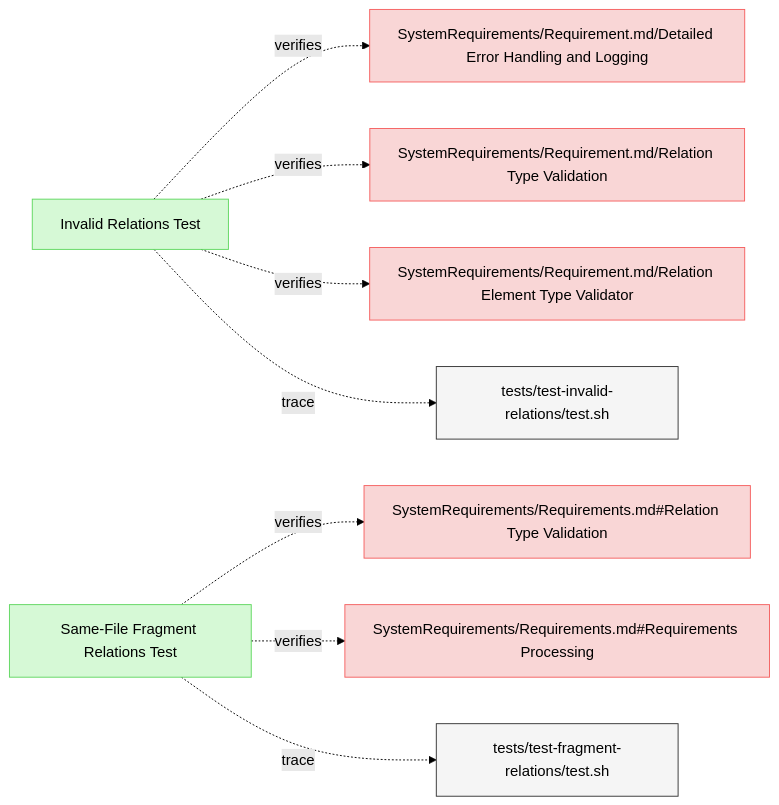
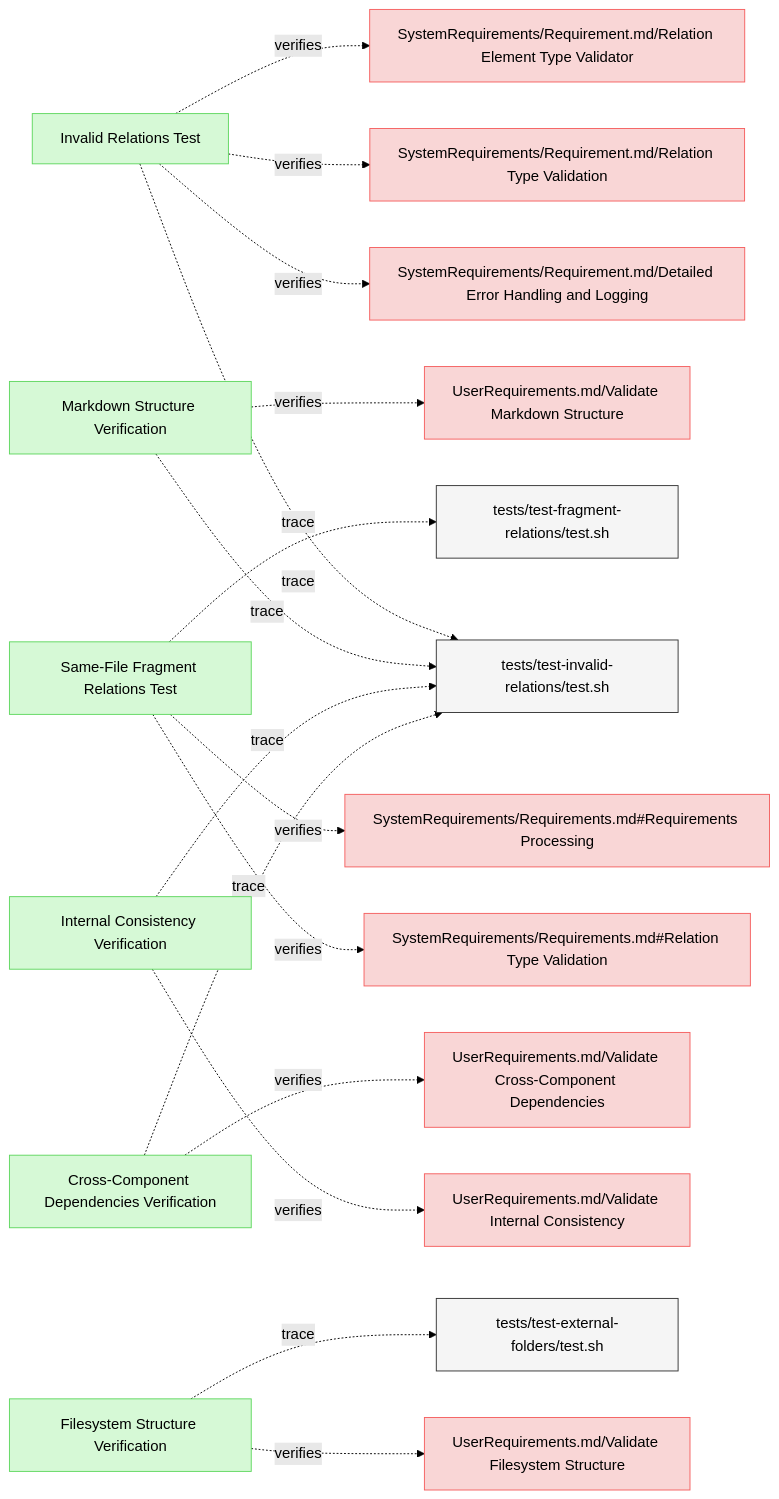
Before and after one commit to reqvire-org/reqvire: the first of 2 diagrams in specifications/Verifications/ValidationTests.md, drawn with Mermaid (forest theme). The commit also changed other lines of this file and 5 other files, not shown here.

````diff
--- a/specifications/Verifications/ValidationTests.md
+++ b/specifications/Verifications/ValidationTests.md
@@ -46,4 +46,43 @@
   class frag_test_script default;
   click frag_test_script "../../tests/test-fragment-relations/test.sh";
   fragment_relations_test -.->|trace| frag_test_script;
+  
+  markdown_structure_verification["Markdown Structure Verification"];
+  click markdown_structure_verification "ValidationTests.md#markdown-structure-verification";
+  class markdown_structure_verification verification;
+  markdown_structure_req["UserRequirements.md/Validate Markdown Structure"];
+  class markdown_structure_req requirement;
+  click markdown_structure_req "../UserRequirements.md#validate-markdown-structure";
+  markdown_structure_verification -.->|verifies| markdown_structure_req;
+  markdown_structure_verification -.->|trace| c86fd6ece7a8668a;
+  
+  filesystem_structure_verification["Filesystem Structure Verification"];
+  click filesystem_structure_verification "ValidationTests.md#filesystem-structure-verification";
+  class filesystem_structure_verification verification;
+  filesystem_structure_req["UserRequirements.md/Validate Filesystem Structure"];
+  class filesystem_structure_req requirement;
+  click filesystem_structure_req "../UserRequirements.md#validate-filesystem-structure";
+  filesystem_structure_verification -.->|verifies| filesystem_structure_req;
+  filesystem_test_script["tests/test-external-folders/test.sh"];
+  class filesystem_test_script default;
+  click filesystem_test_script "../../tests/test-external-folders/test.sh";
+  filesystem_structure_verification -.->|trace| filesystem_test_script;
+  
+  internal_consistency_verification["Internal Consistency Verification"];
+  click internal_consistency_verification "ValidationTests.md#internal-consistency-verification";
+  class internal_consistency_verification verification;
+  internal_consistency_req["UserRequirements.md/Validate Internal Consistency"];
+  class internal_consistency_req requirement;
+  click internal_consistency_req "../UserRequirements.md#validate-internal-consistency";
+  internal_consistency_verification -.->|verifies| internal_consistency_req;
+  internal_consistency_verification -.->|trace| c86fd6ece7a8668a;
+  
+  cross_component_verification["Cross-Component Dependencies Verification"];
+  click cross_component_verification "ValidationTests.md#cross-component-dependencies-verification";
+  class cross_component_verification verification;
+  cross_component_req["UserRequirements.md/Validate Cross-Component Dependencies"];
+  class cross_component_req requirement;
+  click cross_component_req "../UserRequirements.md#validate-cross-component-dependencies";
+  cross_component_verification -.->|verifies| cross_component_req;
+  cross_component_verification -.->|trace| c86fd6ece7a8668a;
 ```
````
